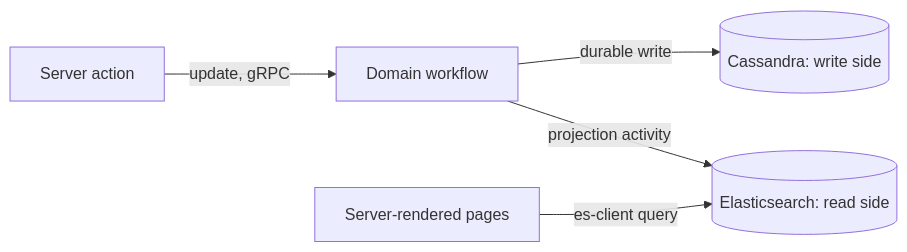
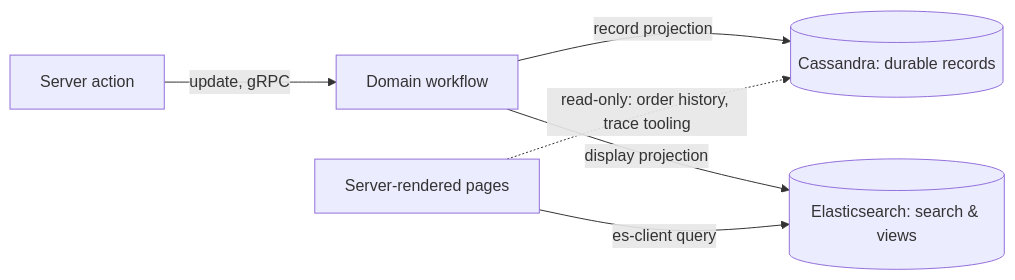
Before and after one commit to night-heron-software/temporal-commerce-demo: the diagram in docs/data-architecture.md, drawn with Mermaid. The commit also changed other lines of this file and 1 other file, not shown here.

````diff
--- a/docs/data-architecture.md
+++ b/docs/data-architecture.md
@@ -64,7 +70,8 @@
 ```mermaid
 flowchart LR
   action[Server action] -->|update, gRPC| wf[Domain workflow]
-  wf -->|durable write| cass[(Cassandra: write side)]
-  wf -->|projection activity| es[(Elasticsearch: read side)]
+  wf -->|record projection| cass[(Cassandra: durable records)]
+  wf -->|display projection| es[(Elasticsearch: search & views)]
   pages[Server-rendered pages] -->|es-client query| es
+  pages -.->|read-only: order history, trace tooling| cass
 ```
````
